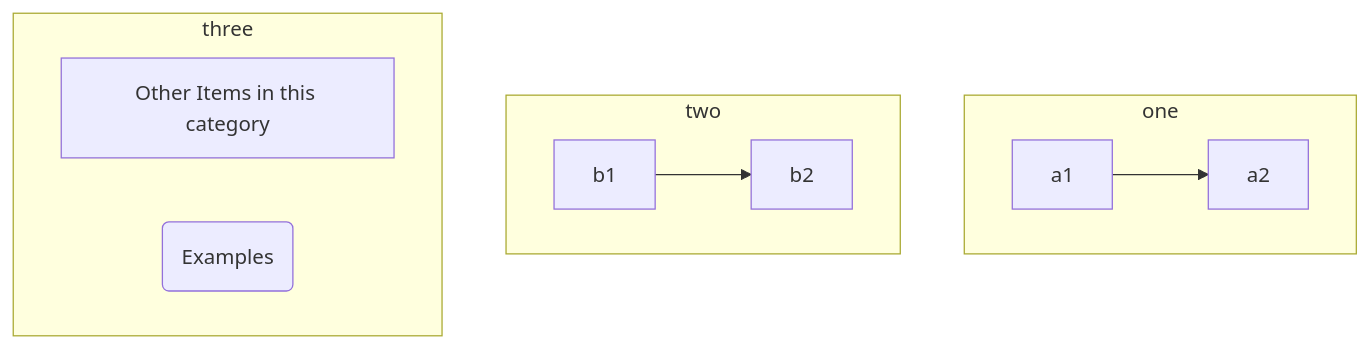
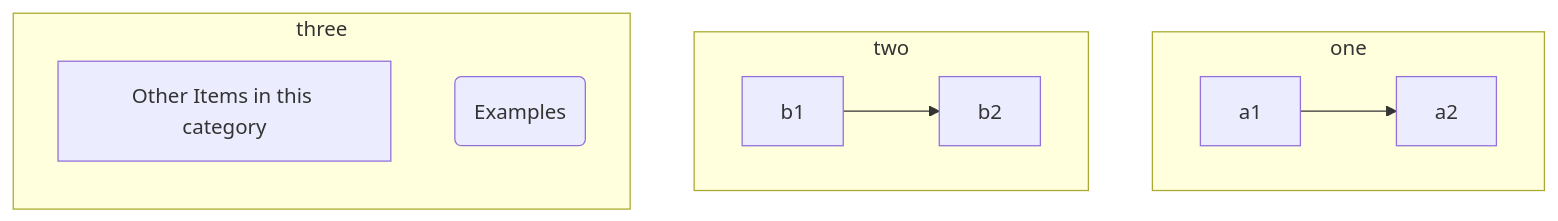
One commit to gerbssusd/dok changed the diagram in slides.md. Above: the diagram before and after it, drawn with Mermaid.

````diff
--- a/slides.md
+++ b/slides.md
@@ -217,21 +217,21 @@
 ```mermaid
 flowchart
     subgraph one 
      direction LR
     a1-->a2
     end
     subgraph two
     b1-->b2
     end
     subgraph three 
-      direction LR
+      direction TB
     c1[Other Items in this category] 
     c2(Examples)
     end
 
 
 
 
 
 
 ```
````
